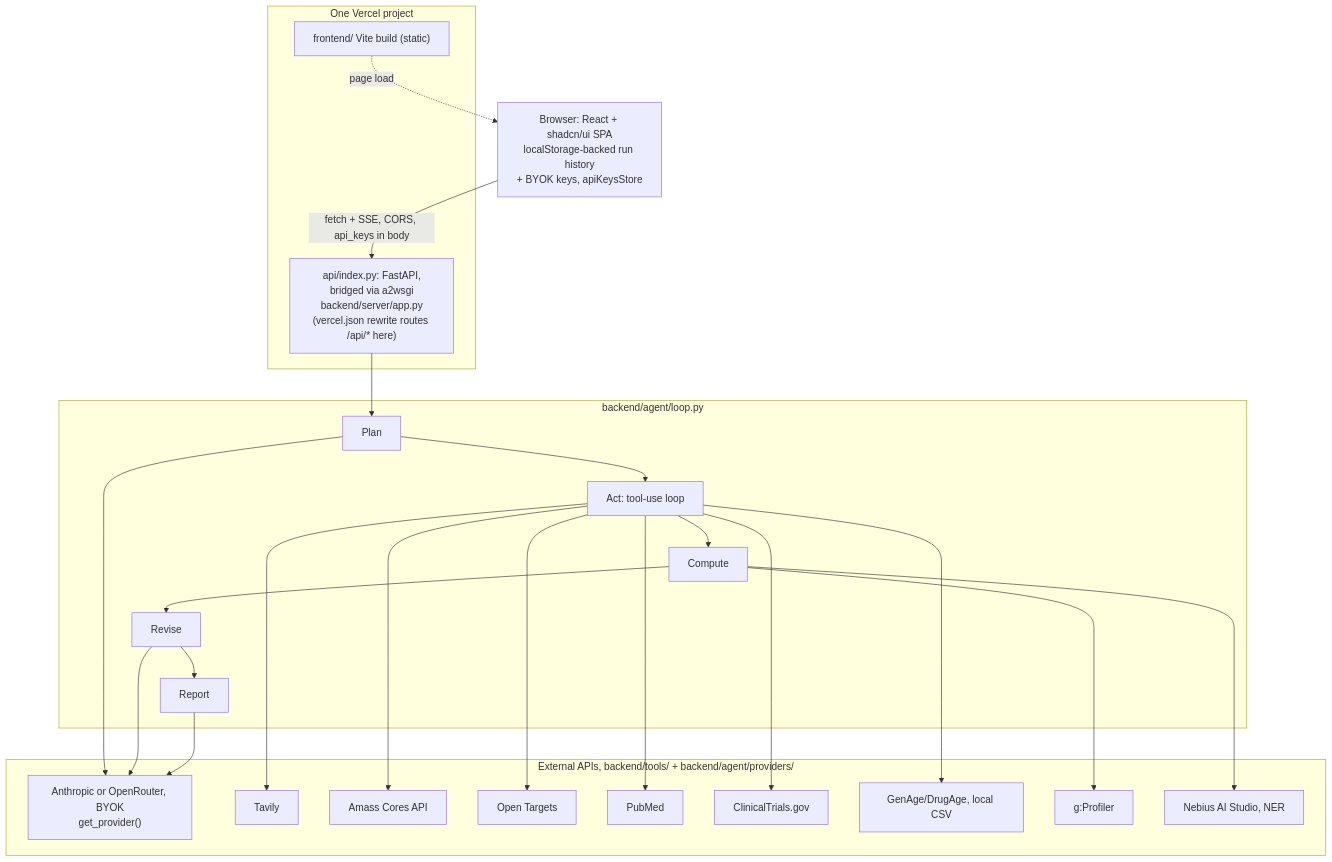
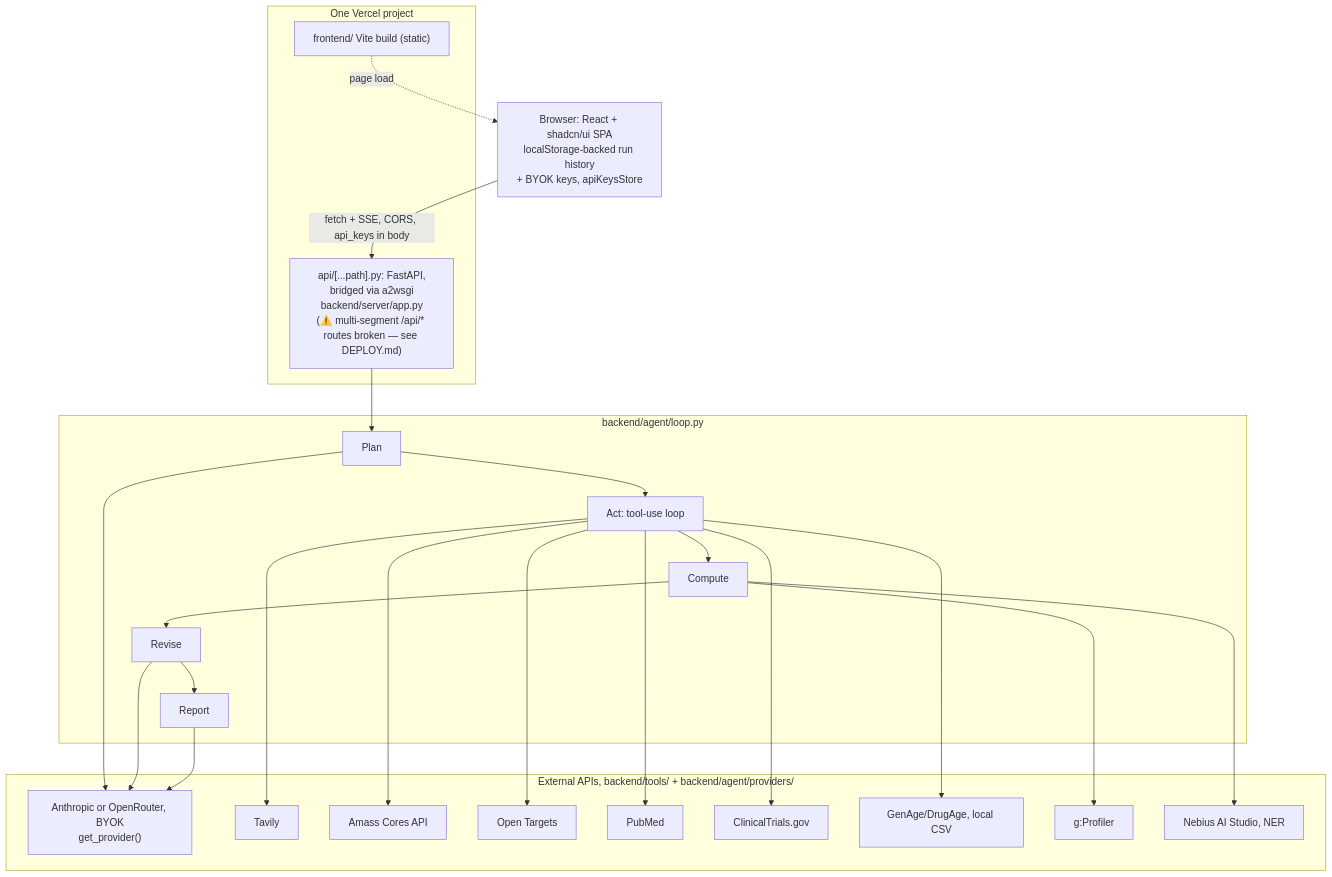
One commit to LeoEckert/Hypothetically_Speaking changed the diagram in docs/ARCHITECTURE.md. Above: the diagram before and after it, drawn with Mermaid. The commit also changed 8 other files, not shown here.

````diff
--- a/docs/ARCHITECTURE.md
+++ b/docs/ARCHITECTURE.md
@@ -27,43 +27,43 @@
 ```mermaid
 flowchart TB
     UI["Browser: React + shadcn/ui SPA<br/>localStorage-backed run history<br/>+ BYOK keys, apiKeysStore"]
 
     subgraph Vercel["One Vercel project"]
         FE["frontend/ Vite build (static)"]
-        API["api/index.py: FastAPI,<br/>bridged via a2wsgi<br/>backend/server/app.py<br/>(vercel.json rewrite routes /api/* here)"]
+        API["api/[...path].py: FastAPI,<br/>bridged via a2wsgi<br/>backend/server/app.py<br/>(⚠️ multi-segment /api/* routes broken — see DEPLOY.md)"]
     end
 
     subgraph Loop["backend/agent/loop.py"]
         Plan --> Act["Act: tool-use loop"]
         Act --> Compute
         Compute --> Revise
         Revise --> Report
     end
 
     subgraph Ext["External APIs, backend/tools/ + backend/agent/providers/"]
         LLM["Anthropic or OpenRouter, BYOK<br/>get_provider()"]
         Tavily
         Amass["Amass Cores API"]
         OpenTargets["Open Targets"]
         PubMed
         CT["ClinicalTrials.gov"]
         GenAge["GenAge/DrugAge, local CSV"]
         GProfiler["g:Profiler"]
         NebiusAI["Nebius AI Studio, NER"]
     end
 
     FE -.->|"page load"| UI
     UI -->|"fetch + SSE, CORS, api_keys in body"| API
     API --> Plan
     Act --> Tavily
     Act --> Amass
     Act --> OpenTargets
     Act --> PubMed
     Act --> CT
     Act --> GenAge
     Compute --> NebiusAI
     Compute --> GProfiler
     Plan --> LLM
     Revise --> LLM
     Report --> LLM
 ```
````
